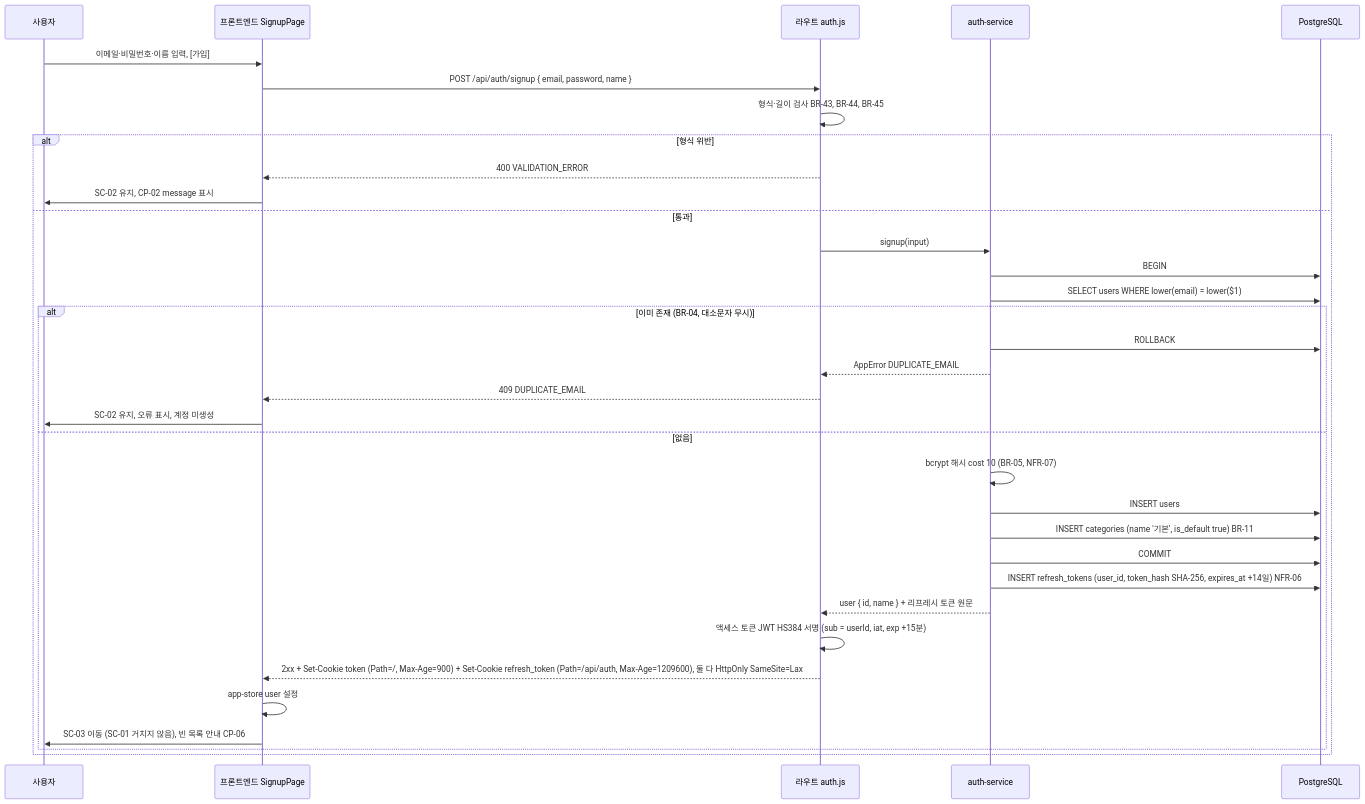
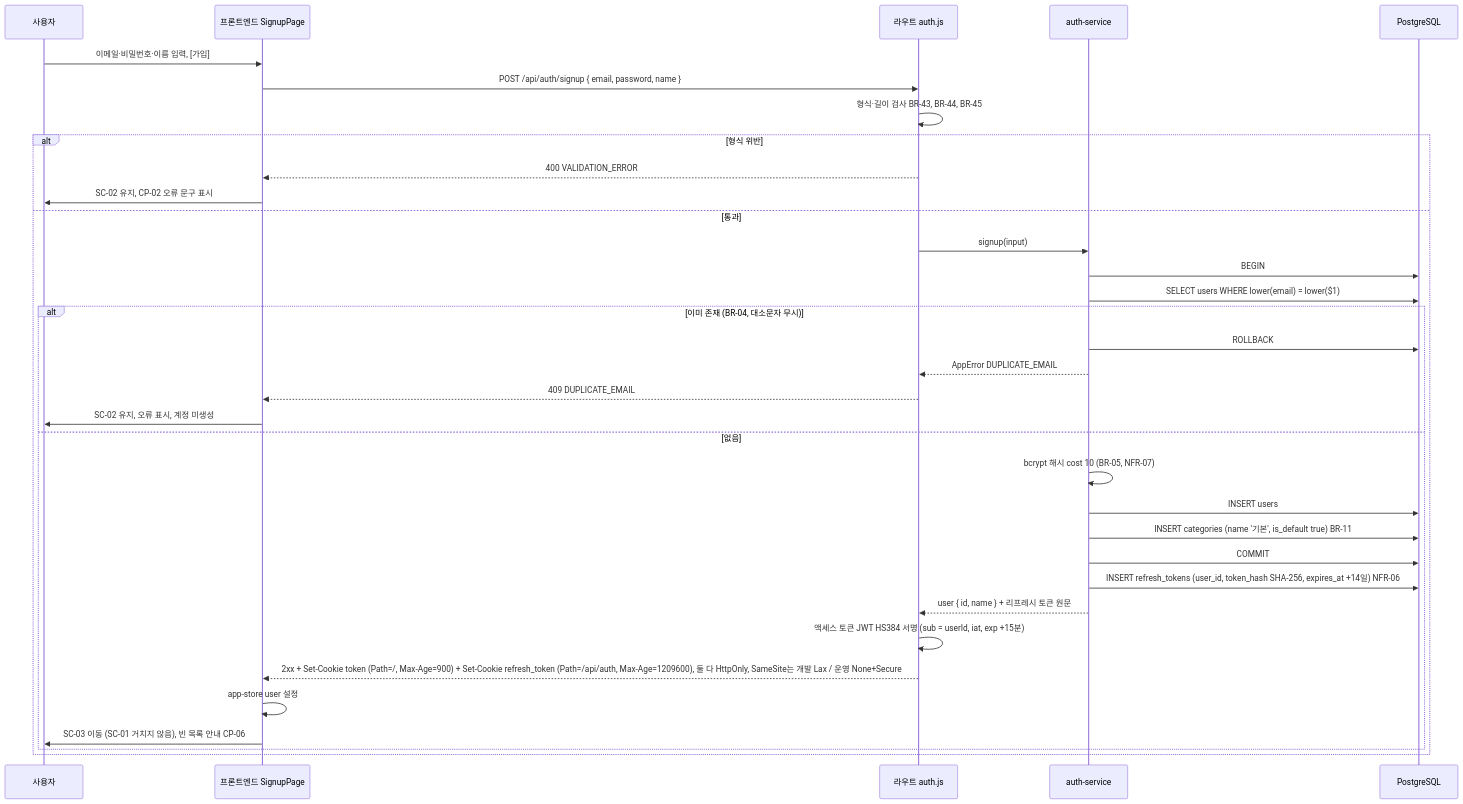
One commit to okbaronok2-tech/todolist_app changed the sixth of 15 diagrams in docs/6-arch-diagram.md. Above: the diagram before and after it, drawn with Mermaid. The commit also changed other lines of this file and 19 other files, not shown here.

````diff
--- a/docs/6-arch-diagram.md
+++ b/docs/6-arch-diagram.md
@@ -271,37 +276,37 @@
 ```mermaid
 sequenceDiagram
     participant U as 사용자
     participant FE as 프론트엔드 SignupPage
     participant RT as 라우트 auth.js
     participant SV as auth-service
     participant DB as PostgreSQL
 
     U->>FE: 이메일·비밀번호·이름 입력, [가입]
     FE->>RT: POST /api/auth/signup { email, password, name }
     RT->>RT: 형식·길이 검사 BR-43, BR-44, BR-45
     alt 형식 위반
         RT-->>FE: 400 VALIDATION_ERROR
-        FE->>U: SC-02 유지, CP-02 message 표시
+        FE->>U: SC-02 유지, CP-02 오류 문구 표시
     else 통과
         RT->>SV: signup(input)
         SV->>DB: BEGIN
         SV->>DB: SELECT users WHERE lower(email) = lower($1)
         alt 이미 존재 (BR-04, 대소문자 무시)
             SV->>DB: ROLLBACK
             SV-->>RT: AppError DUPLICATE_EMAIL
             RT-->>FE: 409 DUPLICATE_EMAIL
             FE->>U: SC-02 유지, 오류 표시, 계정 미생성
         else 없음
             SV->>SV: bcrypt 해시 cost 10 (BR-05, NFR-07)
             SV->>DB: INSERT users
             SV->>DB: INSERT categories (name '기본', is_default true) BR-11
             SV->>DB: COMMIT
             SV->>DB: INSERT refresh_tokens (user_id, token_hash SHA-256, expires_at +14일) NFR-06
             SV-->>RT: user { id, name } + 리프레시 토큰 원문
             RT->>RT: 액세스 토큰 JWT HS384 서명 (sub = userId, iat, exp +15분)
-            RT-->>FE: 2xx + Set-Cookie token (Path=/, Max-Age=900) + Set-Cookie refresh_token (Path=/api/auth, Max-Age=1209600), 둘 다 HttpOnly SameSite=Lax
+            RT-->>FE: 2xx + Set-Cookie token (Path=/, Max-Age=900) + Set-Cookie refresh_token (Path=/api/auth, Max-Age=1209600), 둘 다 HttpOnly, SameSite는 개발 Lax / 운영 None+Secure
             FE->>FE: app-store user 설정
             FE->>U: SC-03 이동 (SC-01 거치지 않음), 빈 목록 안내 CP-06
         end
     end
 ```
````
